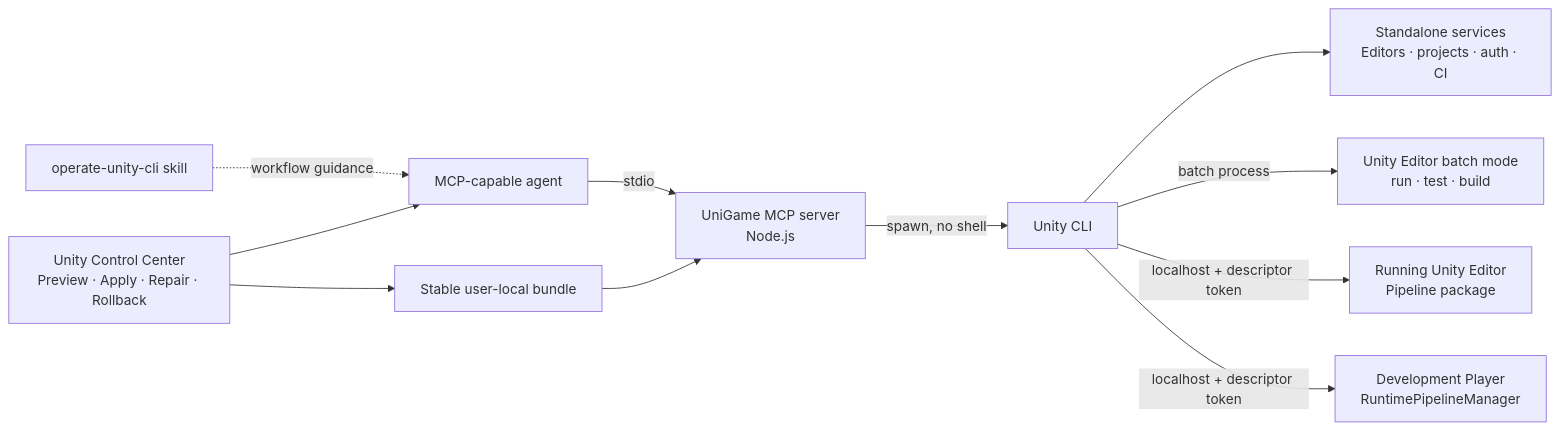
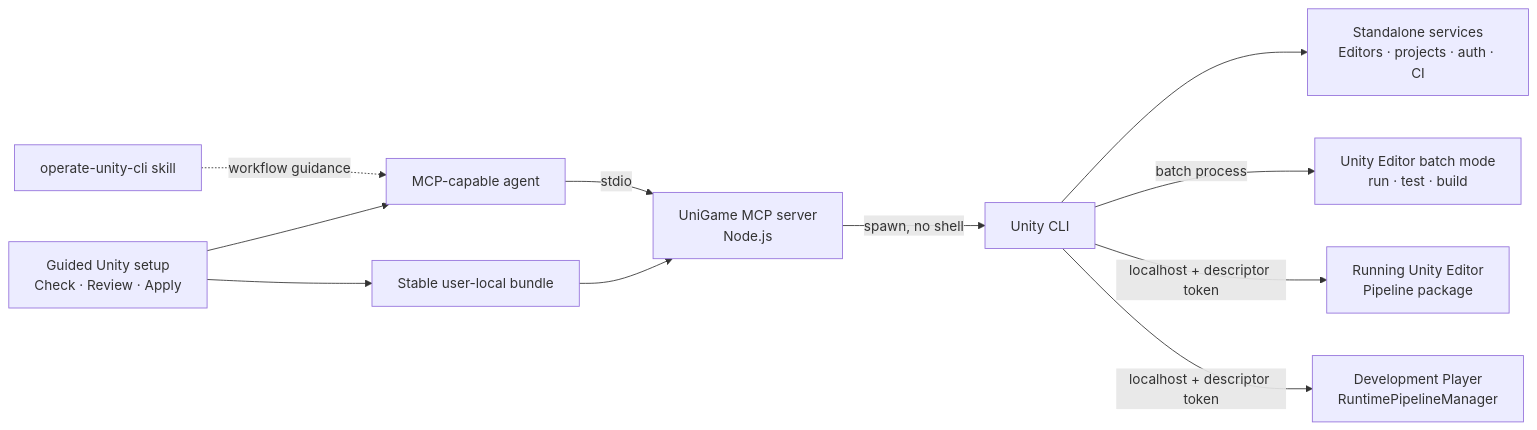
Before and after one commit to UnioGame/unigame.unitycli.mcp: the diagram in README.md, drawn with Mermaid. The commit also changed other lines of this file and 15 other files, not shown here.

First line of the commit message:
Redesign Unity CLI MCP setup with UI Toolkit

````diff
--- a/README.md
+++ b/README.md
@@ -173,13 +176,13 @@
 ```mermaid
 flowchart LR
     Agent["MCP-capable agent"] -->|stdio| Server["UniGame MCP server<br/>Node.js"]
     Skill["operate-unity-cli skill"] -. workflow guidance .-> Agent
     Server -->|spawn, no shell| CLI["Unity CLI"]
     CLI --> Standalone["Standalone services<br/>Editors · projects · auth · CI"]
     CLI -->|batch process| Batch["Unity Editor batch mode<br/>run · test · build"]
     CLI -->|localhost + descriptor token| Editor["Running Unity Editor<br/>Pipeline package"]
     CLI -->|localhost + descriptor token| Player["Development Player<br/>RuntimePipelineManager"]
-    Setup["Unity Control Center<br/>Preview · Apply · Repair · Rollback"] --> Agent
+    Setup["Guided Unity setup<br/>Check · Review · Apply"] --> Agent
     Setup --> Install["Stable user-local bundle"]
     Install --> Server
 ```
````
